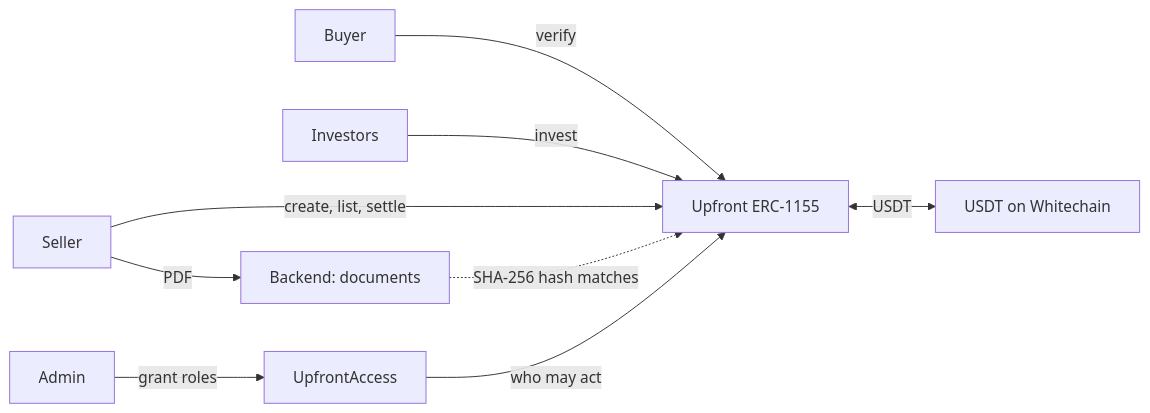
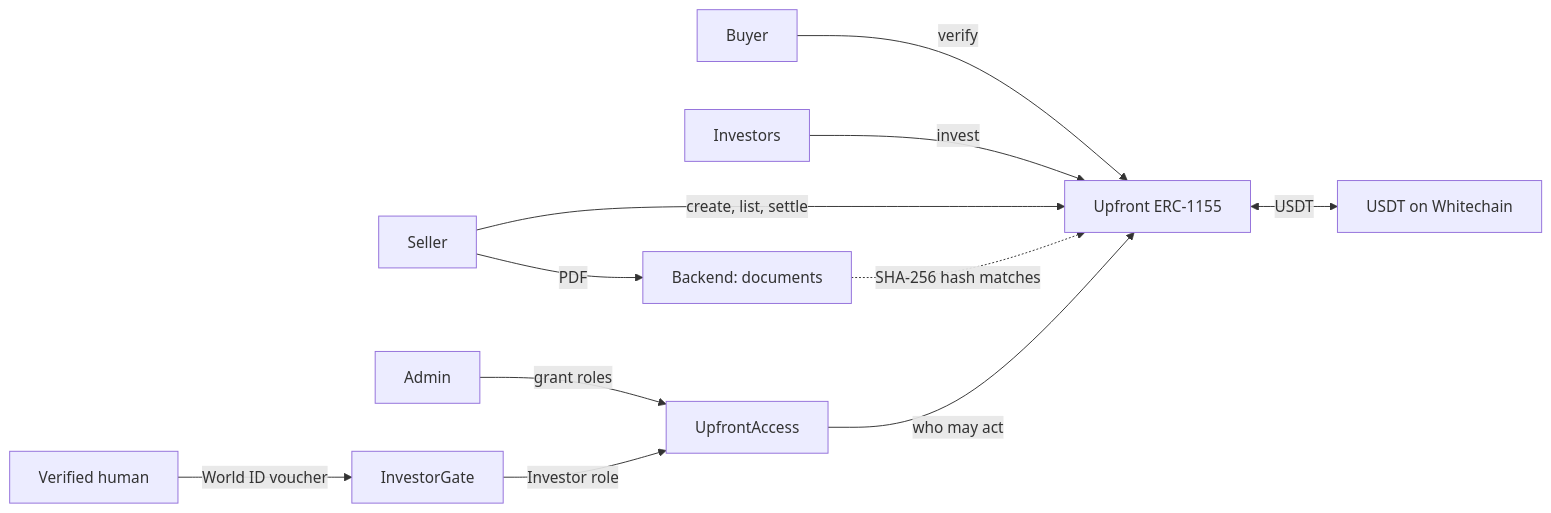
The diagram in README.md (AdityaBirangal/Upfront), drawn with Mermaid before and after one commit. The commit also changed other lines of this file and 32 other files, not shown here.

First line of the commit message:
feat: Add InvestorGate contract to allow verified humans to join as investors

````diff
--- a/README.md
+++ b/README.md
@@ -58,11 +59,13 @@
 ```mermaid
 flowchart LR
   S[Seller] -- create, list, settle --> U[Upfront ERC-1155]
   B[Buyer] -- verify --> U
   I[Investors] -- invest --> U
   A[Admin] -- grant roles --> R[UpfrontAccess]
+  W[Verified human] -- World ID voucher --> G[InvestorGate]
+  G -- Investor role --> R
   R -- who may act --> U
   U <-- USDT --> T[USDT on Whitechain]
   S -- PDF --> D[Backend: documents]
   D -. SHA-256 hash matches .-> U
 ```
````
